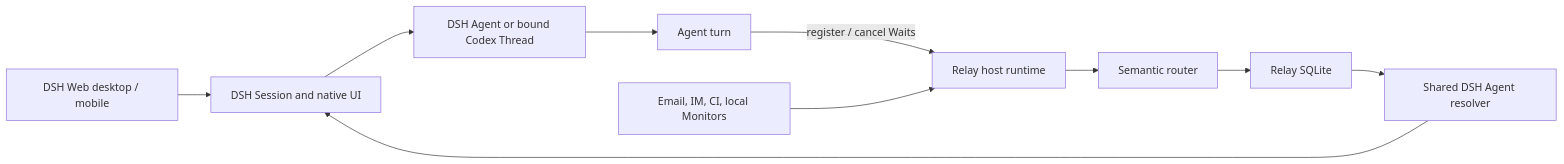
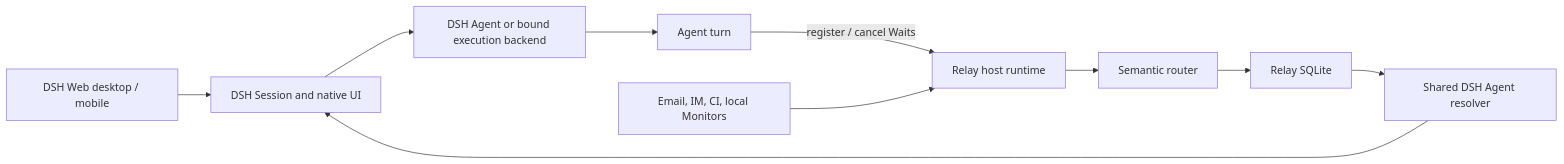
The diagram in docs/architecture.md (yangbobo2021/Relay), drawn with Mermaid before and after one commit. The commit also changed other lines of this file and 27 other files, not shown here.

Commit message:
claude: add relay dsh backend

````diff
--- a/docs/architecture.md
+++ b/docs/architecture.md
@@ -5,12 +5,12 @@
 ```mermaid
 flowchart LR
   Mobile["DSH Web desktop / mobile"] --> DSH["DSH Session and native UI"]
-  DSH --> Backend["DSH Agent or bound Codex Thread"]
+  DSH --> Backend["DSH Agent or bound execution backend"]
   Backend --> Agent["Agent turn"]
   Agent -->|"register / cancel Waits"| Relay["Relay host runtime"]
   Sources["Email, IM, CI, local Monitors"] --> Relay
   Relay --> Router["Semantic router"]
   Router --> Store["Relay SQLite"]
   Store --> Inbox["Shared DSH Agent resolver"]
   Inbox --> DSH
 ```
````
